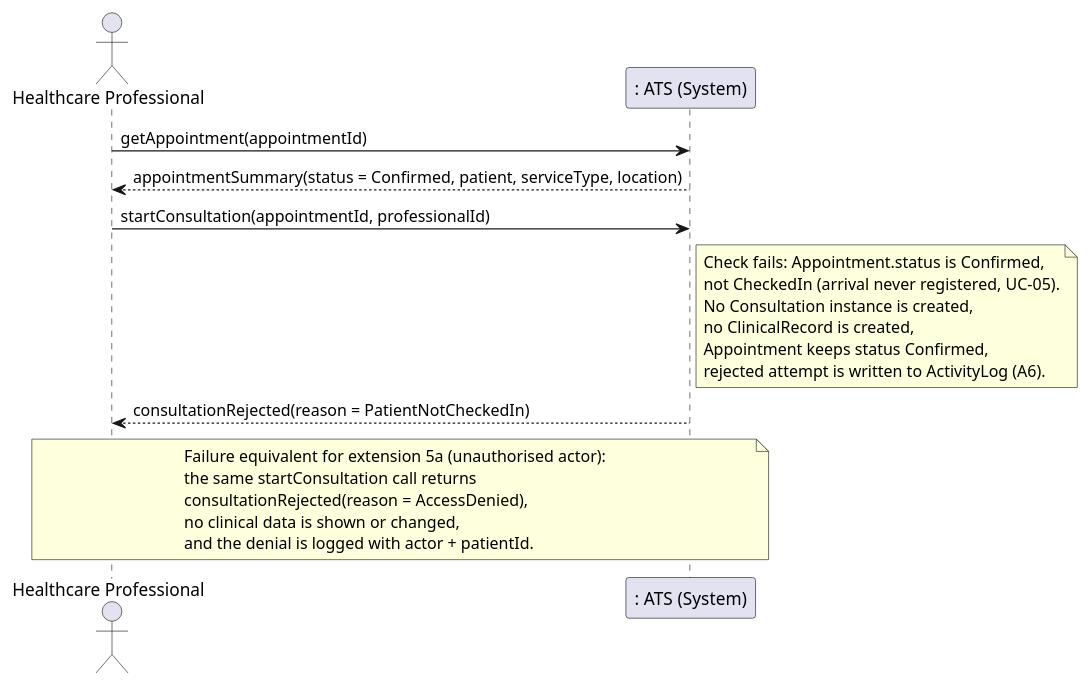
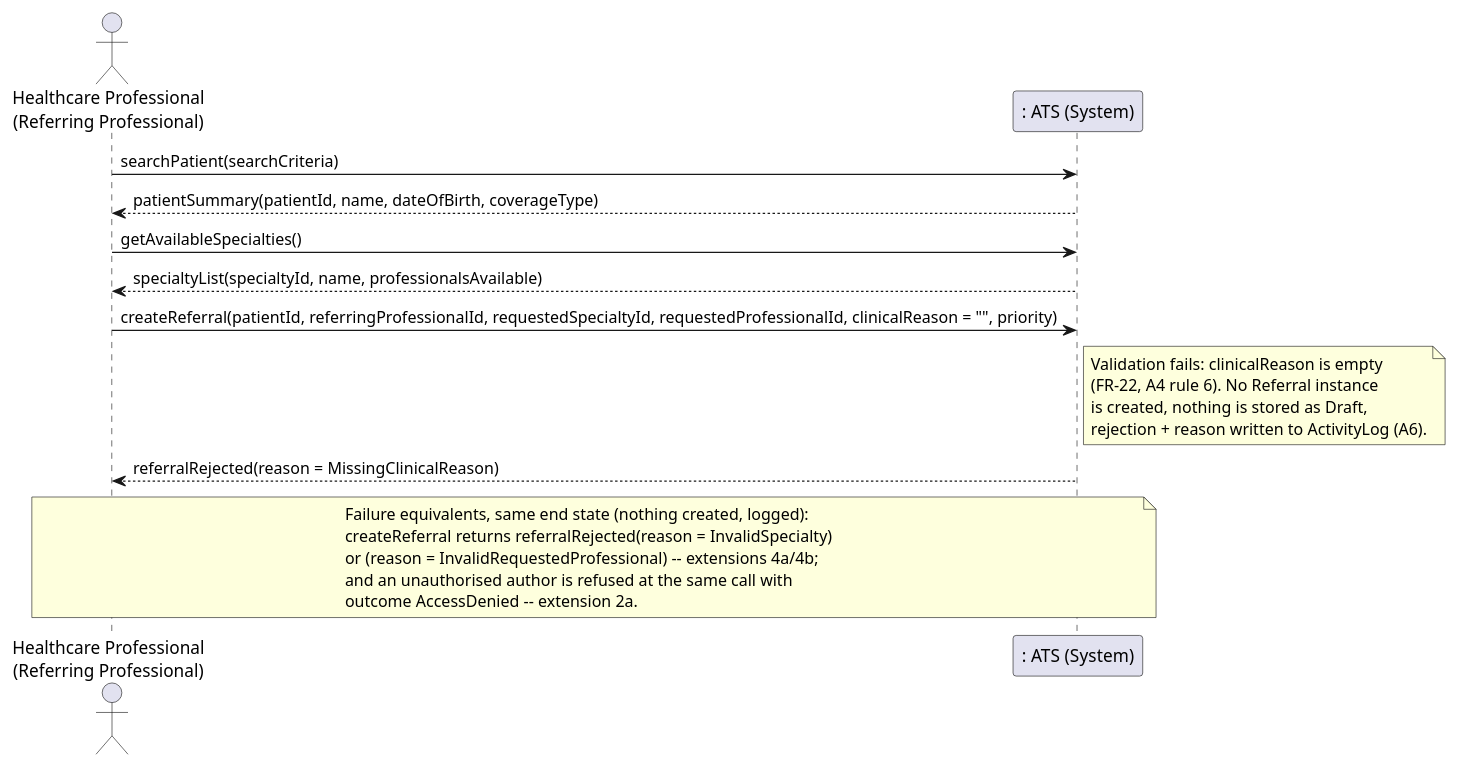
One commit to ArhamAkram/SOEN342-project changed the second of 2 diagrams in reference-drafts/iteration-1/04-uc06-conduct-consultation.md. Above: the diagram before and after it, drawn with PlantUML. The commit also changed other lines of this file, not shown here.

````diff
--- a/reference-drafts/iteration-1/04-uc06-conduct-consultation.md
+++ b/reference-drafts/iteration-1/04-uc06-conduct-consultation.md
@@ -163,28 +147,29 @@
 ```plantuml
 @startuml
-actor "Healthcare Professional" as Actor
+actor "Healthcare Professional\n(Referring Professional)" as Actor
 participant ": ATS (System)" as System
 
-Actor -> System : getAppointment(appointmentId)
-System --> Actor : appointmentSummary(status = Confirmed, patient, serviceType, location)
+Actor -> System : searchPatient(searchCriteria)
+System --> Actor : patientSummary(patientId, name, dateOfBirth, coverageType)
 
-Actor -> System : startConsultation(appointmentId, professionalId)
+Actor -> System : getAvailableSpecialties()
+System --> Actor : specialtyList(specialtyId, name, professionalsAvailable)
+
+Actor -> System : createReferral(patientId, referringProfessionalId, requestedSpecialtyId, requestedProfessionalId, clinicalReason = "", priority)
 note right of System
-  Check fails: Appointment.status is Confirmed,
-  not CheckedIn (arrival never registered, UC-05).
-  No Consultation instance is created,
-  no ClinicalRecord is created,
-  Appointment keeps status Confirmed,
-  rejected attempt is written to ActivityLog (A6).
+  Validation fails: clinicalReason is empty
+  (FR-22, A4 rule 6). No Referral instance
+  is created, nothing is stored as Draft,
+  rejection + reason written to ActivityLog (A6).
 end note
-System --> Actor : consultationRejected(reason = PatientNotCheckedIn)
+System --> Actor : referralRejected(reason = MissingClinicalReason)
 
 note over Actor, System
-  Failure equivalent for extension 5a (unauthorised actor):
-  the same startConsultation call returns
-  consultationRejected(reason = AccessDenied),
-  no clinical data is shown or changed,
-  and the denial is logged with actor + patientId.
+  Failure equivalents, same end state (nothing created, logged):
+  createReferral returns referralRejected(reason = InvalidSpecialty)
+  or (reason = InvalidRequestedProfessional) -- extensions 4a/4b;
+  and an unauthorised author is refused at the same call with
+  outcome AccessDenied -- extension 2a.
 end note
 @enduml
 ```
````
